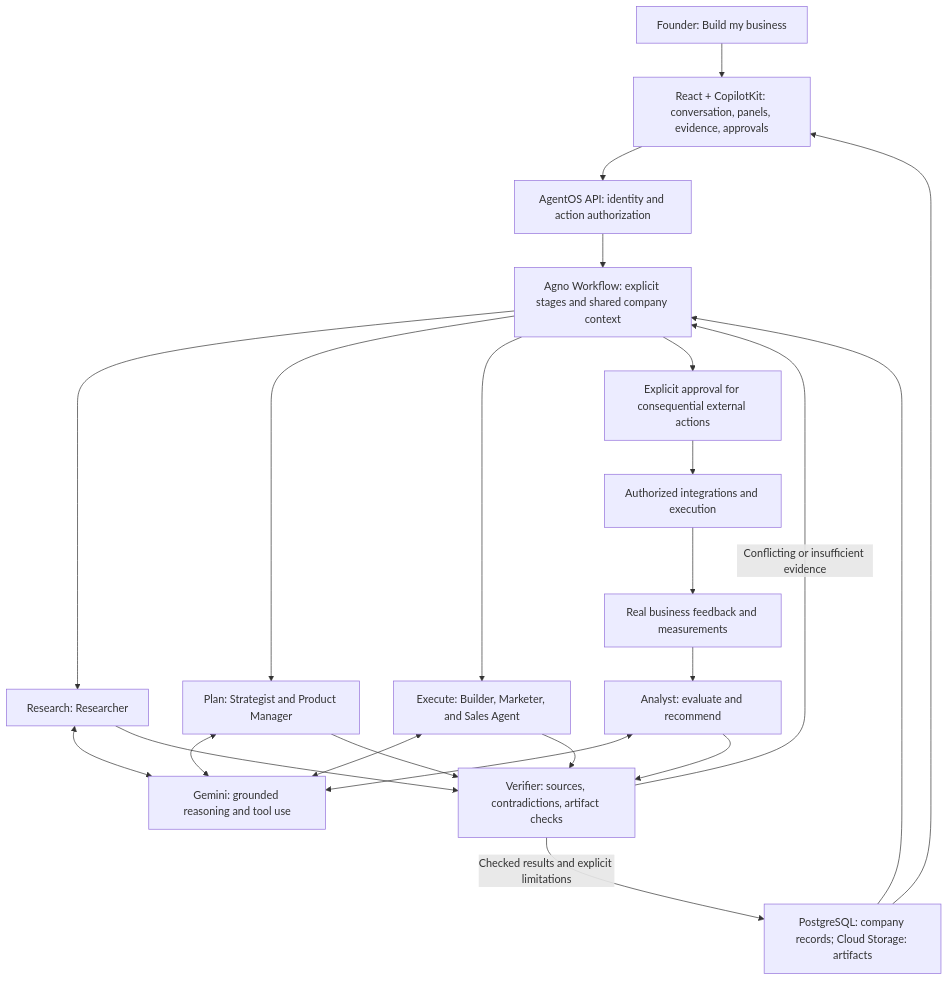
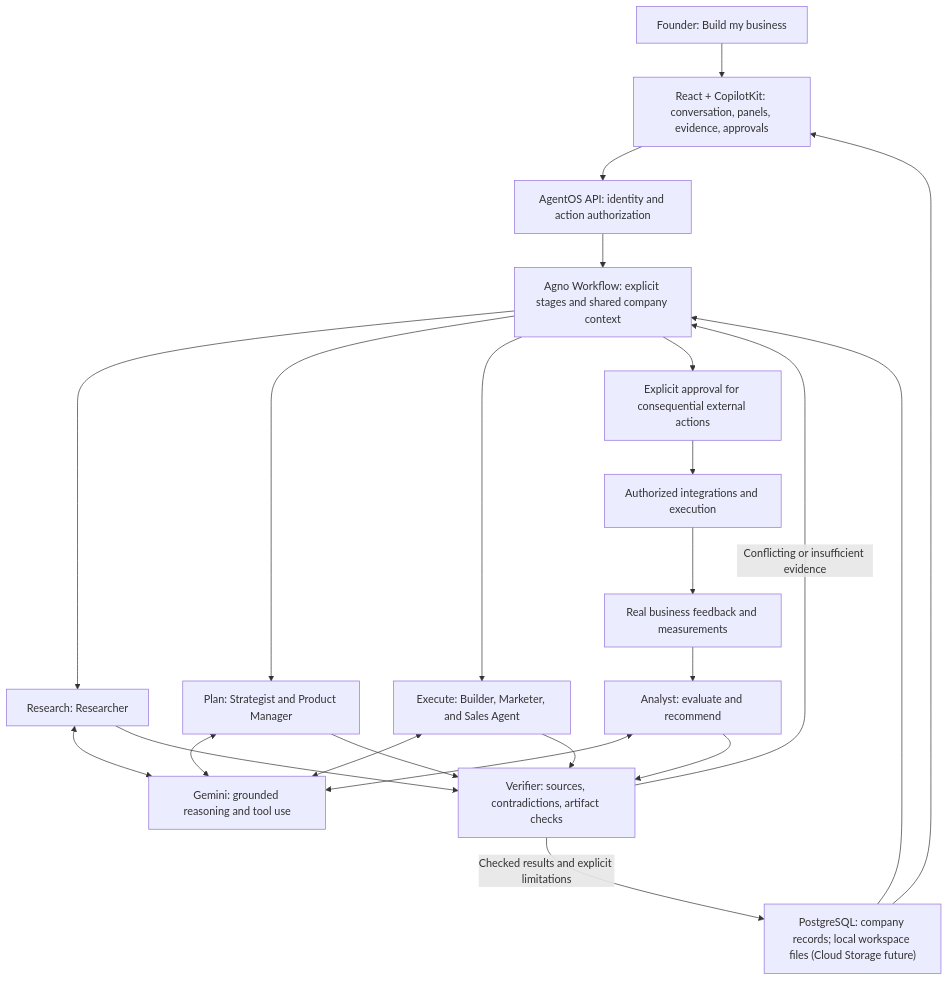
The diagram in README.md (OveRide-Phoenix/team-samurai), drawn with Mermaid before and after one commit. The commit also changed 3 other files, not shown here.

````diff
--- a/README.md
+++ b/README.md
@@ -72,25 +72,25 @@
 ```mermaid
 flowchart TD
     Founder["Founder: Build my business"] --> Workspace["React + CopilotKit: conversation, panels, evidence, approvals"]
     Workspace --> Boundary["AgentOS API: identity and action authorization"]
     Boundary --> Orchestrator["Agno Workflow: explicit stages and shared company context"]
     Orchestrator --> Research["Research: Researcher"]
     Orchestrator --> Plan["Plan: Strategist and Product Manager"]
     Orchestrator --> Execute["Execute: Builder, Marketer, and Sales Agent"]
     Research <--> Gemini["Gemini: grounded reasoning and tool use"]
     Plan <--> Gemini
     Execute <--> Gemini
     Research --> Verifier["Verifier: sources, contradictions, artifact checks"]
     Plan --> Verifier
     Execute --> Verifier
     Verifier -->|"Conflicting or insufficient evidence"| Orchestrator
-    Verifier -->|"Checked results and explicit limitations"| State["PostgreSQL: company records; Cloud Storage: artifacts"]
+    Verifier -->|"Checked results and explicit limitations"| State["PostgreSQL: company records; local workspace files (Cloud Storage future)"]
     State --> Workspace
     State --> Orchestrator
     Orchestrator --> Approval["Explicit approval for consequential external actions"]
     Approval --> Tools["Authorized integrations and execution"]
     Tools --> Measurements["Real business feedback and measurements"]
     Measurements --> Analyst["Analyst: evaluate and recommend"]
     Analyst <--> Gemini
     Analyst --> Verifier
 ```
````
